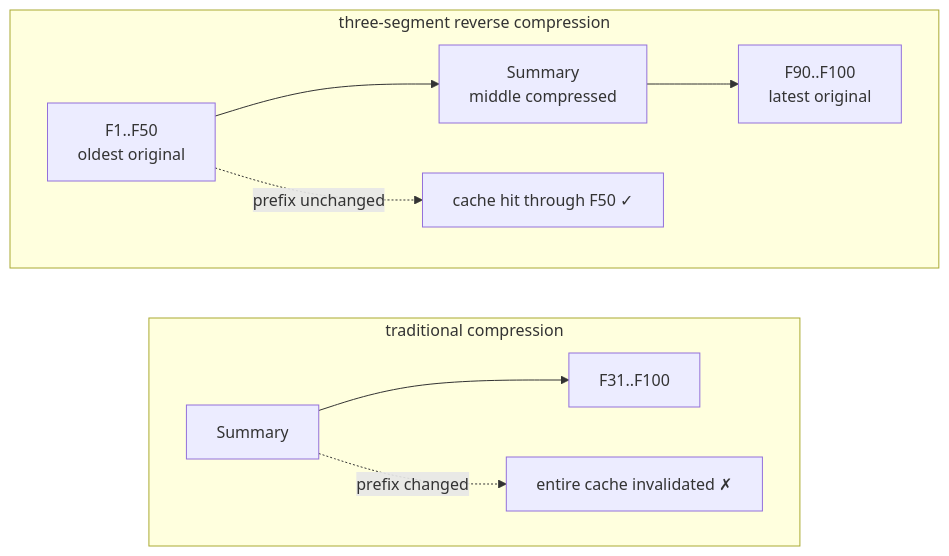
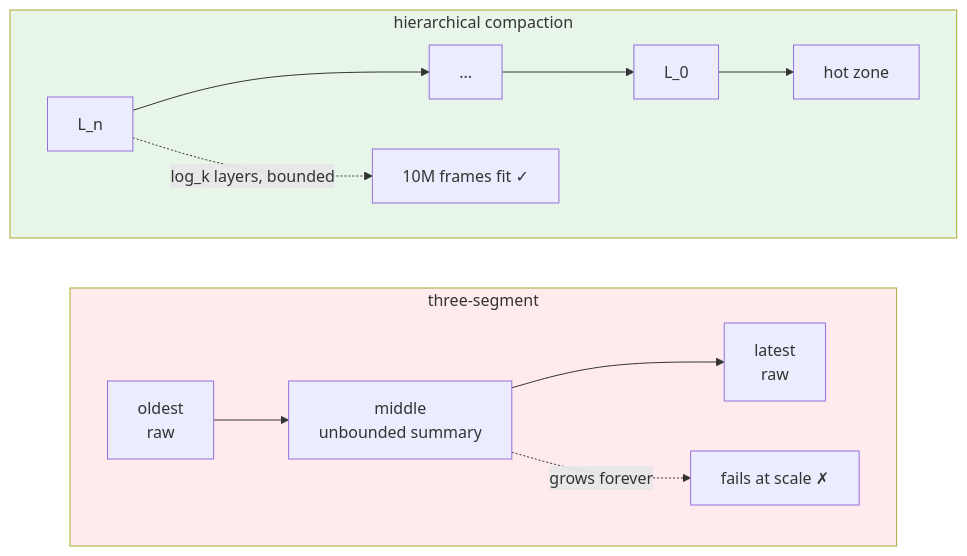
Before and after one commit to vessal-ai/vessal: the sixth of 10 diagrams in references/whitepaper/06-cache.md, drawn with Mermaid. The commit also changed other lines of this file and 75 other files, not shown here.

````diff
--- a/references/whitepaper/06-cache.md
+++ b/references/whitepaper/06-cache.md
@@ -327,14 +435,17 @@
 ```mermaid
-graph LR
-    subgraph "traditional compression"
+flowchart LR
+    subgraph bad["three-segment"]
         direction LR
-        T1["Summary"] --> T2["F31..F100"]
-        T1 -.->|"prefix changed"| X["entire cache invalidated ✗"]
+        T1["oldest<br/>raw"] --> T2["middle<br/>unbounded summary"] --> T3["latest<br/>raw"]
+        T2 -.->|"grows forever"| X["fails at scale ✗"]
     end
-    
-    subgraph "three-segment reverse compression"
+
+    subgraph good["hierarchical compaction"]
         direction LR
-        R1["F1..F50<br/>oldest original"] --> R2["Summary<br/>middle compressed"] --> R3["F90..F100<br/>latest original"]
-        R1 -.->|"prefix unchanged"| Y["cache hit through F50 ✓"]
+        H1["L_n"] --> H2["..."] --> H3["L_0"] --> H4["hot zone"]
+        H1 -.->|"log_k layers, bounded"| Y["10M frames fit ✓"]
     end
+
+    style bad fill:#ffebee
+    style good fill:#e8f5e9
 ```
````
